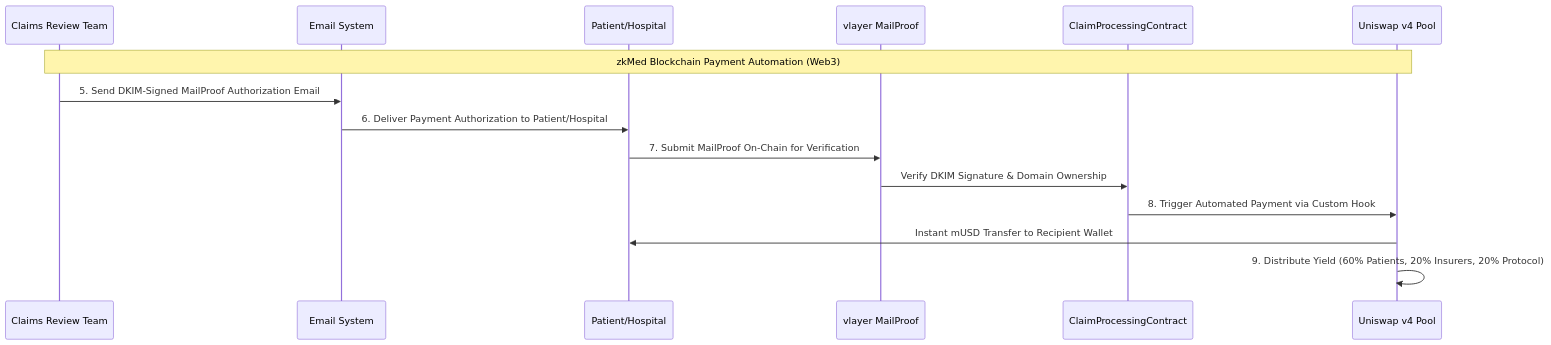
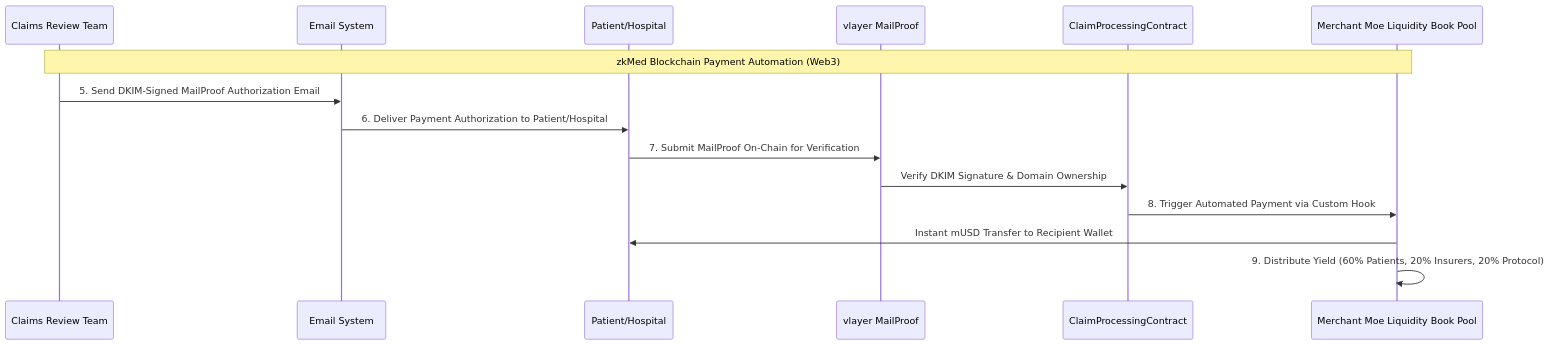
The second of 2 diagrams in memory-bank/projectbrief.md (ppezzull/zkMed), drawn with Mermaid before and after one commit. The commit also changed other lines of this file and 3 other files, not shown here.

````diff
--- a/memory-bank/projectbrief.md
+++ b/memory-bank/projectbrief.md
@@ -142,18 +142,18 @@
 ```mermaid
 sequenceDiagram
     participant Review as Claims Review Team
     participant E as Email System
     participant P as Patient/Hospital
     participant V as vlayer MailProof
     participant C as ClaimProcessingContract
-    participant U as Uniswap v4 Pool
+    participant LB as Merchant Moe Liquidity Book Pool
 
-    Note over Review,U: zkMed Blockchain Payment Automation (Web3)
+    Note over Review,LB: zkMed Blockchain Payment Automation (Web3)
     Review->>E: 5. Send DKIM-Signed MailProof Authorization Email
     E->>P: 6. Deliver Payment Authorization to Patient/Hospital
     P->>V: 7. Submit MailProof On-Chain for Verification
     V->>C: Verify DKIM Signature & Domain Ownership
-    C->>U: 8. Trigger Automated Payment via Custom Hook
-    U->>P: Instant mUSD Transfer to Recipient Wallet
-         U->>U: 9. Distribute Yield (60% Patients, 20% Insurers, 20% Protocol)
+    C->>LB: 8. Trigger Automated Payment via Custom Hook
+    LB->>P: Instant mUSD Transfer to Recipient Wallet
+         LB->>LB: 9. Distribute Yield (60% Patients, 20% Insurers, 20% Protocol)
 ```
````
